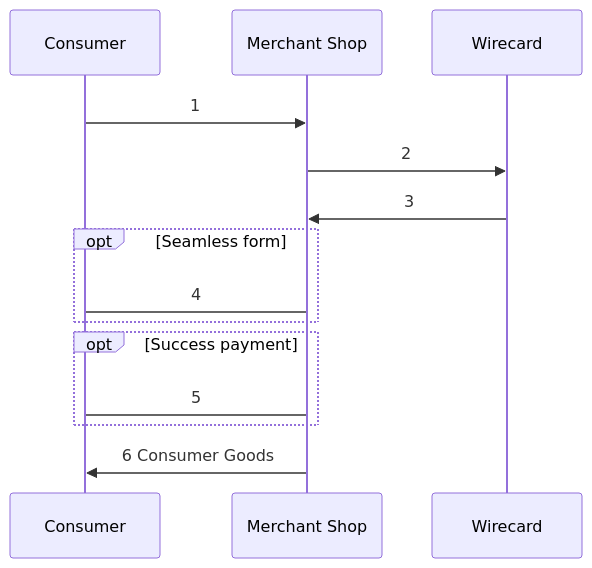
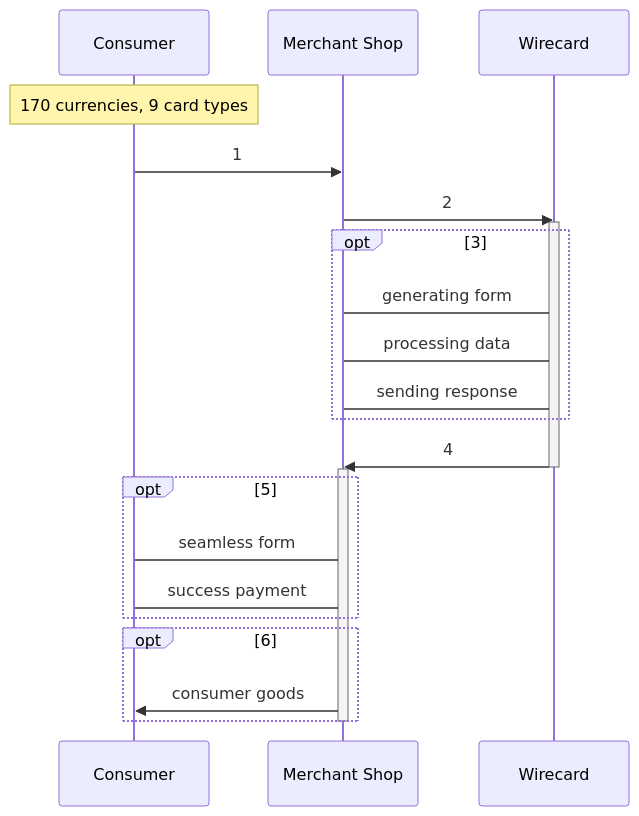
One commit to wirecard/merchant-documentation-gateway changed the diagram in 03-02-03-01-workflow-of-seamless.adoc. Above: the diagram before and after it, drawn with Mermaid.

Commit message:
Update Mermaid Diagrams

```diff
--- a/03-02-03-01-workflow-of-seamless.adoc
+++ b/03-02-03-01-workflow-of-seamless.adoc
@@ -14,17 +14,28 @@
 [mermaid,Seamless_v2_Workflow,svg,subs=attributes+]
 ----
 sequenceDiagram
-    participant Consumer
-    participant Merchant Shop
-    participant Wirecard
-        Consumer ->> Merchant Shop: 1
-        Merchant Shop ->> Wirecard: 2
-        Wirecard ->> Merchant Shop: 3
-            opt Seamless form
-            	Merchant Shop -> Consumer: 4
+    participant A as Consumer
+    participant B as Merchant Shop
+    participant C as Wirecard
+            Note over A: 170 currencies, 9 card types
+            %%Delete note?!
+        A ->> B: 1
+        B ->> C: 2
+        activate C
+            opt 3
+                B -> C: generating form
+                B -> C: processing data
+                B -> C: sending response
             end
-            opt Success payment
-            	Merchant Shop -> Consumer: 5
+        C ->> B: 4
+        deactivate C
+        activate B
+            opt 5
+            	B -> A: seamless form
+            	B -> A: success payment
             end
-        Merchant Shop ->> Consumer: 6 Consumer Goods
+            opt 6
+                B ->> A: consumer goods
+            end
+        deactivate B
 ----
```
